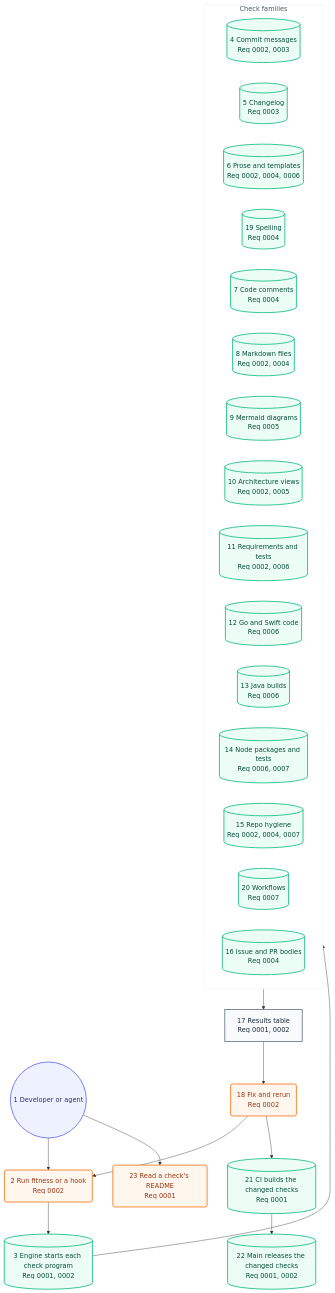
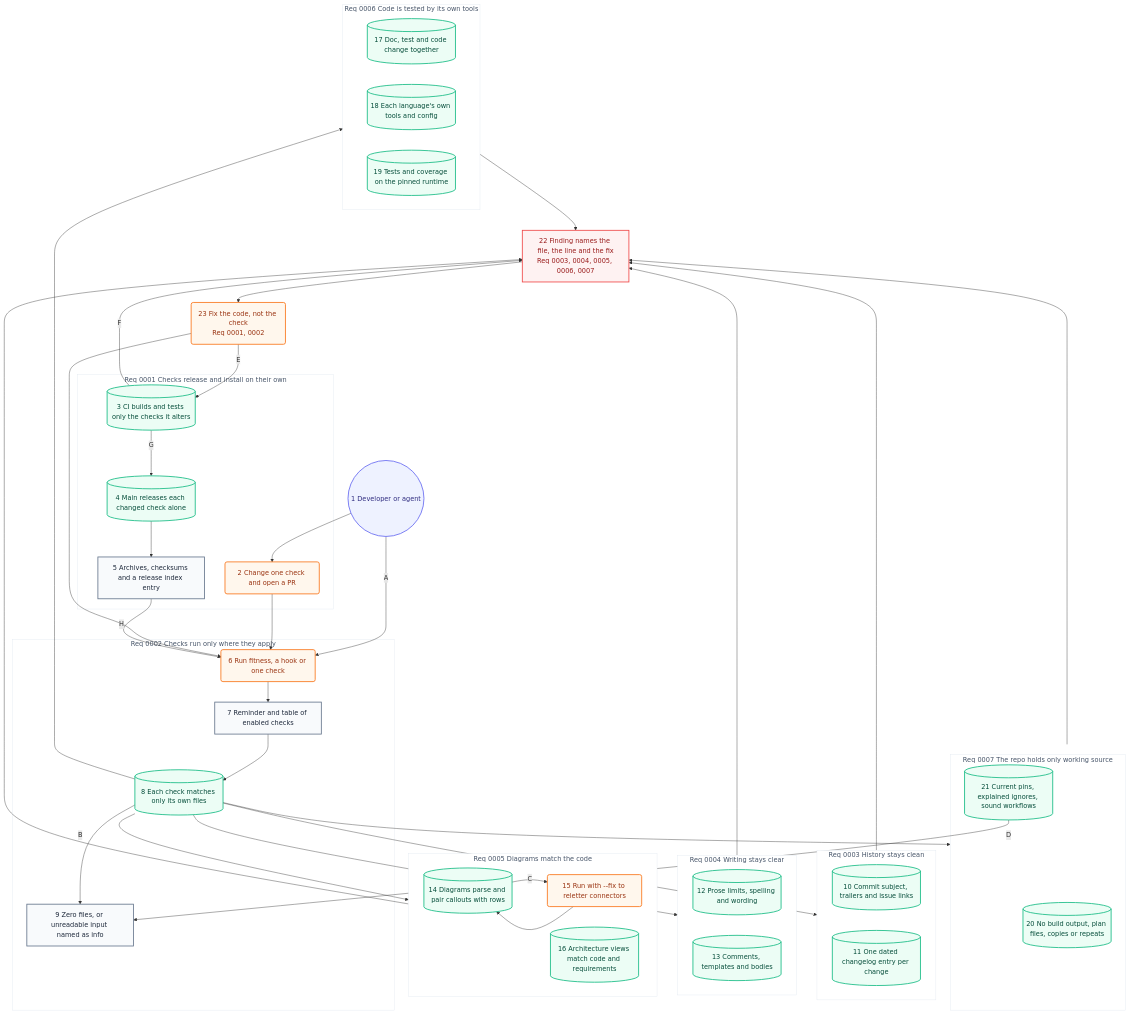
The second of 2 diagrams in docs/architecture/05-user-journey.md (may-journal/fitness-checks), drawn with Mermaid before and after one commit. The commit also changed other lines of this file and 1 other file, not shown here.

Commit message:
docs(architecture): group the user journey by requirement
The journey now draws one subgroup per requirement doc, top to bottom,
with the release loop, the skip branch and the fix loop crossing them.

````diff
--- a/docs/architecture/05-user-journey.md
+++ b/docs/architecture/05-user-journey.md
@@ -35,47 +38,89 @@
 ```mermaid
 flowchart TB
     dev((1 Developer or agent)):::persona
-    runFitness(2 Run fitness or a hook<br/>Req 0002):::action
-    startCheck[(3 Engine starts each check program<br/>Req 0001, 0002)]:::system
 
-    subgraph checks["Check families"]
-        commitChecks[(4 Commit messages<br/>Req 0002, 0003)]:::system
-        changelogChecks[(5 Changelog<br/>Req 0003)]:::system
-        proseChecks[(6 Prose and templates<br/>Req 0002, 0004, 0006)]:::system
-        spellChecks[(19 Spelling<br/>Req 0004)]:::system
-        commentChecks[(7 Code comments<br/>Req 0004)]:::system
-        markdownChecks[(8 Markdown files<br/>Req 0002, 0004)]:::system
-        mermaidChecks[(9 Mermaid diagrams<br/>Req 0005)]:::system
-        architectureChecks[(10 Architecture views<br/>Req 0002, 0005)]:::system
-        requirementChecks[(11 Requirements and tests<br/>Req 0002, 0006)]:::system
-        goSwiftChecks[(12 Go and Swift code<br/>Req 0006)]:::system
-        javaChecks[(13 Java builds<br/>Req 0006)]:::system
-        nodeChecks[(14 Node packages and tests<br/>Req 0006, 0007)]:::system
-        repoChecks[(15 Repo hygiene<br/>Req 0002, 0004, 0007)]:::system
-        workflowChecks[(20 Workflows<br/>Req 0007)]:::system
-        bodyChecks[(16 Issue and PR bodies<br/>Req 0004)]:::system
+    subgraph r1["Req 0001 Checks release and install on their own"]
+        change(2 Change one check and open a PR):::action
+        ci[(3 CI builds and tests only the checks it alters)]:::system
+        release[(4 Main releases each changed check alone)]:::system
+        index[5 Archives, checksums and a release index entry]:::screen
     end
 
-    results[17 Results table<br/>Req 0001, 0002]:::screen
-    ci[(21 CI builds the changed checks<br/>Req 0001)]:::system
-    release[(22 Main releases the changed checks<br/>Req 0001, 0002)]:::system
-    fix(18 Fix and rerun<br/>Req 0002):::action
-    readmes(23 Read a check's README<br/>Req 0001):::action
+    subgraph r2["Req 0002 Checks run only where they apply"]
+        run(6 Run fitness, a hook or one check):::action
+        reminder[7 Reminder and table of enabled checks]:::screen
+        match[(8 Each check matches only its own files)]:::system
+        skipped[9 Zero files, or unreadable input named as info]:::screen
+    end
 
-    dev --> runFitness
-    runFitness --> startCheck
-    startCheck --> checks
-    checks --> results
-    results --> fix
-    fix --> runFitness
-    fix --> ci
-    dev --> readmes
-    ci --> release
+    subgraph r3["Req 0003 History stays clean"]
+        commitChecks[(10 Commit subject, trailers and issue links)]:::system
+        changelogChecks[(11 One dated changelog entry per change)]:::system
+    end
+
+    subgraph r4["Req 0004 Writing stays clear"]
+        proseChecks[(12 Prose limits, spelling and wording)]:::system
+        templateChecks[(13 Comments, templates and bodies)]:::system
+    end
+
+    subgraph r5["Req 0005 Diagrams match the code"]
+        mermaidChecks[(14 Diagrams parse and pair callouts with rows)]:::system
+        letters(15 Run with --fix to reletter connectors):::action
+        viewChecks[(16 Architecture views match code and requirements)]:::system
+    end
+
+    subgraph r6["Req 0006 Code is tested by its own tools"]
+        pairChecks[(17 Doc, test and code change together)]:::system
+        toolChecks[(18 Each language's own tools and config)]:::system
+        coverage[(19 Tests and coverage on the pinned runtime)]:::system
+    end
+
+    subgraph r7["Req 0007 The repo holds only working source"]
+        sourceChecks[(20 No build output, plan files, copies or repeats)]:::system
+        pinChecks[(21 Current pins, explained ignores, sound workflows)]:::system
+    end
+
+    red[22 Finding names the file, the line and the fix<br/>Req 0003, 0004, 0005, 0006, 0007]:::blocked
+    fix(23 Fix the code, not the check<br/>Req 0001, 0002):::action
+
+    dev --> change
+    dev -->|A| run
+    change --> run
+    run --> reminder
+    reminder --> match
+    match -->|B| skipped
+    match --> r3
+    match --> r4
+    match --> r5
+    match --> r6
+    match --> r7
+    mermaidChecks -->|C| letters
+    letters --> mermaidChecks
+    pinChecks -->|D| skipped
+    r3 --> red
+    r4 --> red
+    r5 --> red
+    r6 --> red
+    r7 --> red
+    red --> fix
+    fix --> run
+    fix -->|E| ci
+    ci -->|F| red
+    ci -->|G| release
+    release --> index
+    index -->|H| run
 
     classDef persona fill:#eef2ff,stroke:#6366f1,color:#312e81,stroke-width:2px
     classDef screen fill:#f8fafc,stroke:#64748b,color:#1e293b,stroke-width:2px
     classDef action fill:#fff7ed,stroke:#f97316,color:#9a3412,stroke-width:2px
     classDef system fill:#ecfdf5,stroke:#10b981,color:#064e3b,stroke-width:2px
+    classDef blocked fill:#fef2f2,stroke:#ef4444,color:#991b1b,stroke-width:2px
 
-    style checks fill:#ffffff,stroke:#e2e8f0,color:#475569,stroke-width:1px
+    style r1 fill:#ffffff,stroke:#e2e8f0,color:#475569,stroke-width:1px
+    style r2 fill:#ffffff,stroke:#e2e8f0,color:#475569,stroke-width:1px
+    style r3 fill:#ffffff,stroke:#e2e8f0,color:#475569,stroke-width:1px
+    style r4 fill:#ffffff,stroke:#e2e8f0,color:#475569,stroke-width:1px
+    style r5 fill:#ffffff,stroke:#e2e8f0,color:#475569,stroke-width:1px
+    style r6 fill:#ffffff,stroke:#e2e8f0,color:#475569,stroke-width:1px
+    style r7 fill:#ffffff,stroke:#e2e8f0,color:#475569,stroke-width:1px
 ```
````
